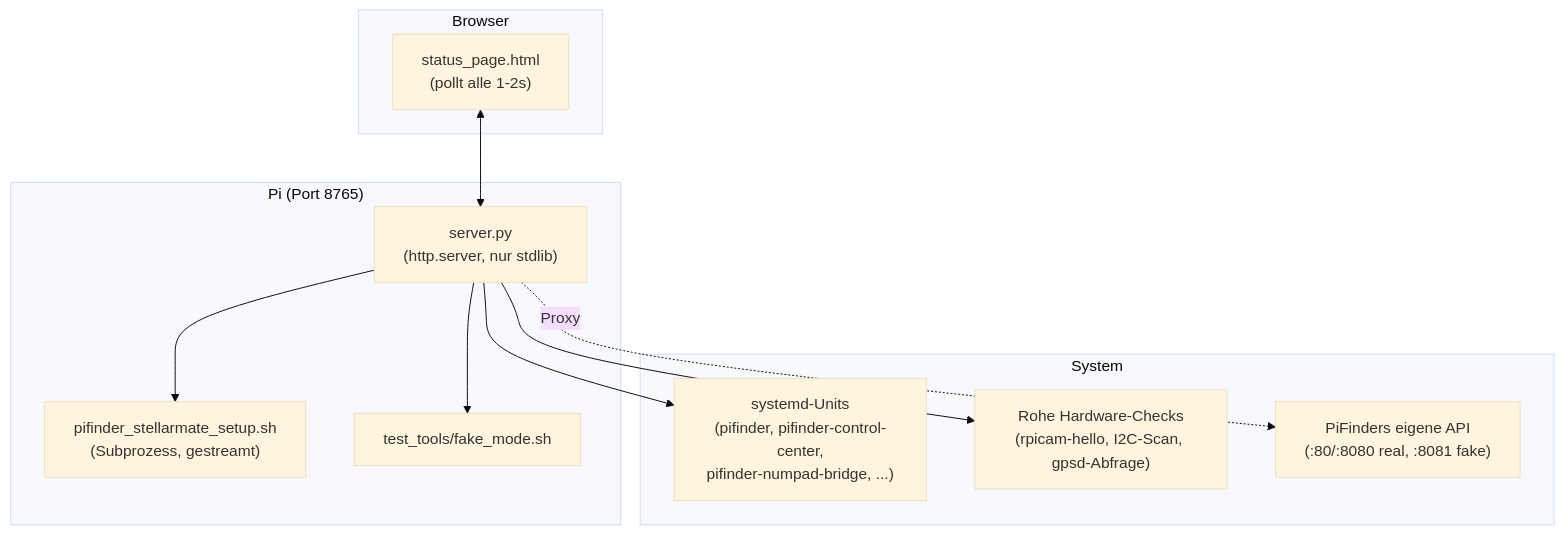
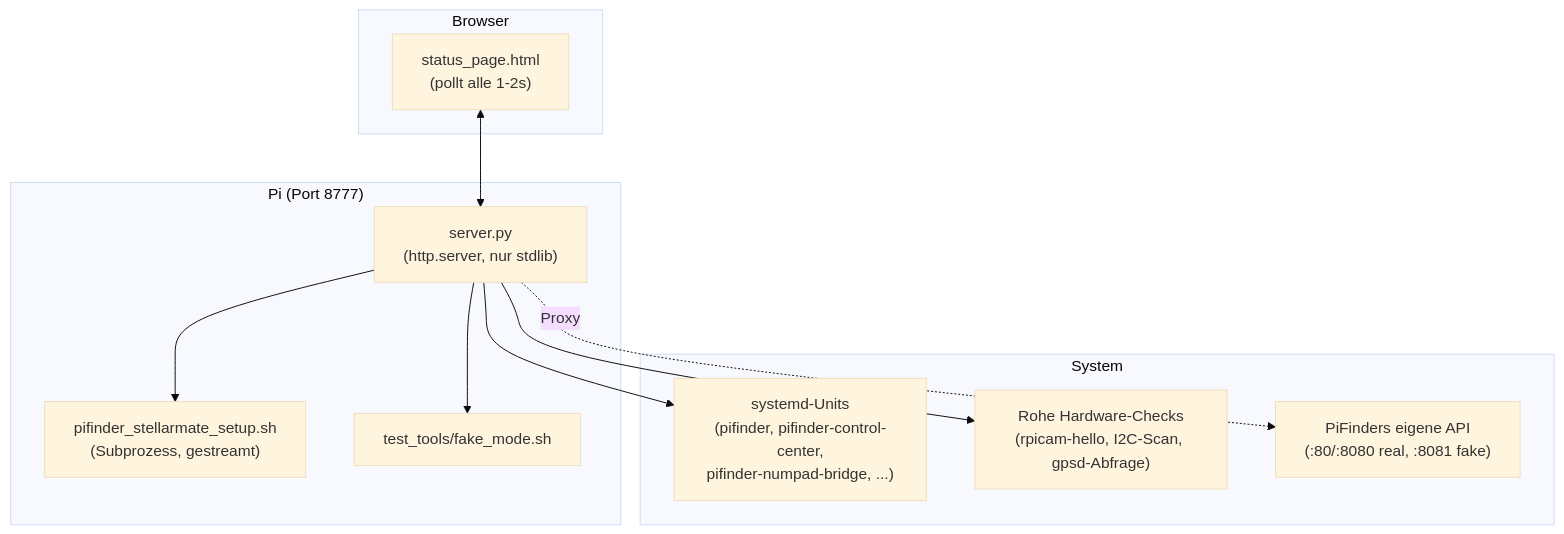
Before and after one commit to apos/PiFinder_Stellarmate: the diagram in Readme_ControlCenter_de.md, drawn with Mermaid (base theme). The commit also changed other lines of this file and 15 other files, not shown here.

````diff
--- a/Readme_ControlCenter_de.md
+++ b/Readme_ControlCenter_de.md
@@ -57,22 +57,22 @@
 ```mermaid
 flowchart TB
     subgraph Browser
         UI["status_page.html<br/>(pollt alle 1-2s)"]
     end
-    subgraph "Pi (Port 8765)"
+    subgraph "Pi (Port 8777)"
         Server["server.py<br/>(http.server, nur stdlib)"]
         Setup["pifinder_stellarmate_setup.sh<br/>(Subprozess, gestreamt)"]
         FakeMode["test_tools/fake_mode.sh"]
     end
     subgraph "System"
         Systemd["systemd-Units<br/>(pifinder, pifinder-control-center,<br/>pifinder-numpad-bridge, ...)"]
         HW["Rohe Hardware-Checks<br/>(rpicam-hello, I2C-Scan, gpsd-Abfrage)"]
         PF["PiFinders eigene API<br/>(:80/:8080 real, :8081 fake)"]
     end
     UI <--> Server
     Server --> Setup
     Server --> FakeMode
     Server --> Systemd
     Server --> HW
     Server -.Proxy.-> PF
 ```
````
